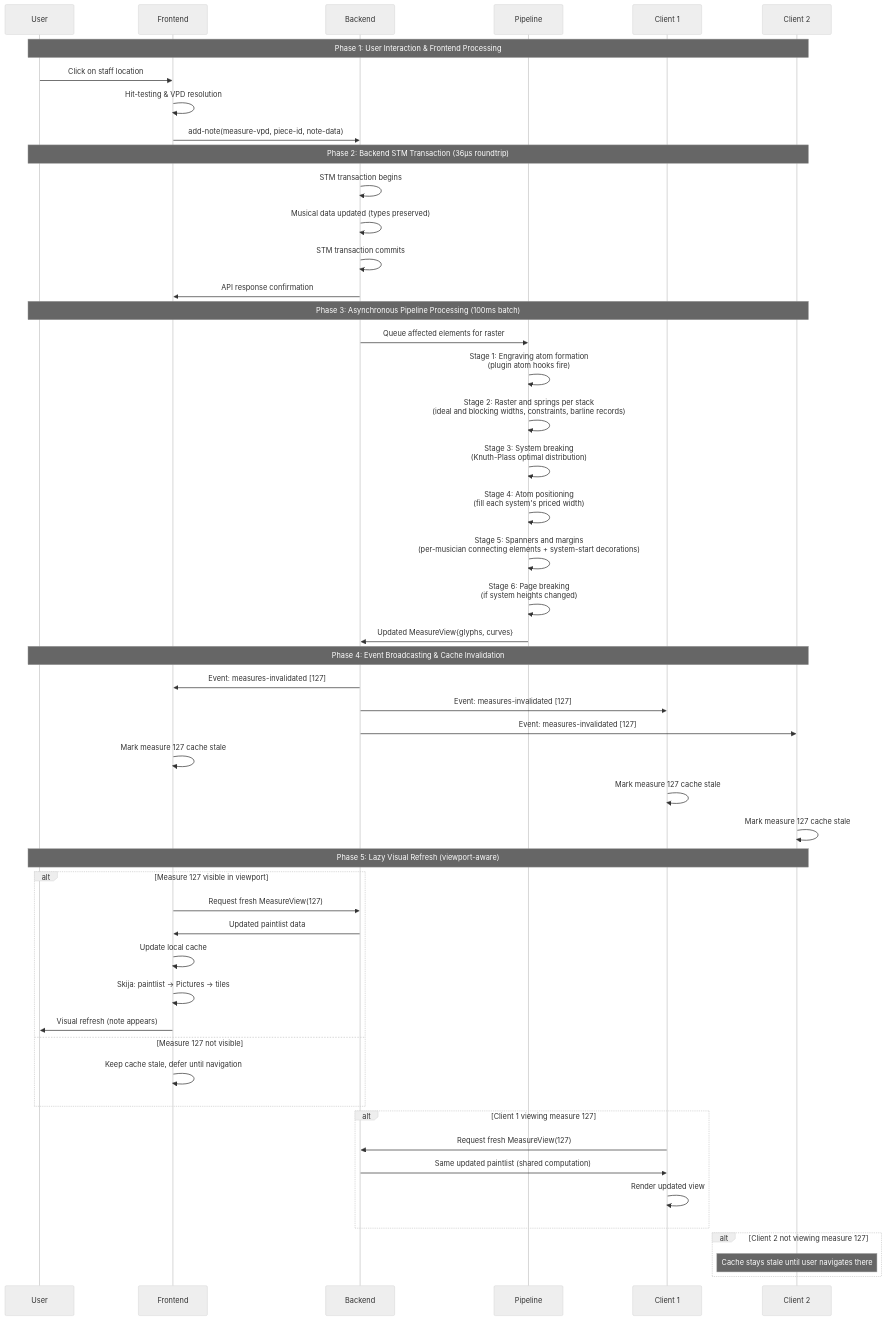
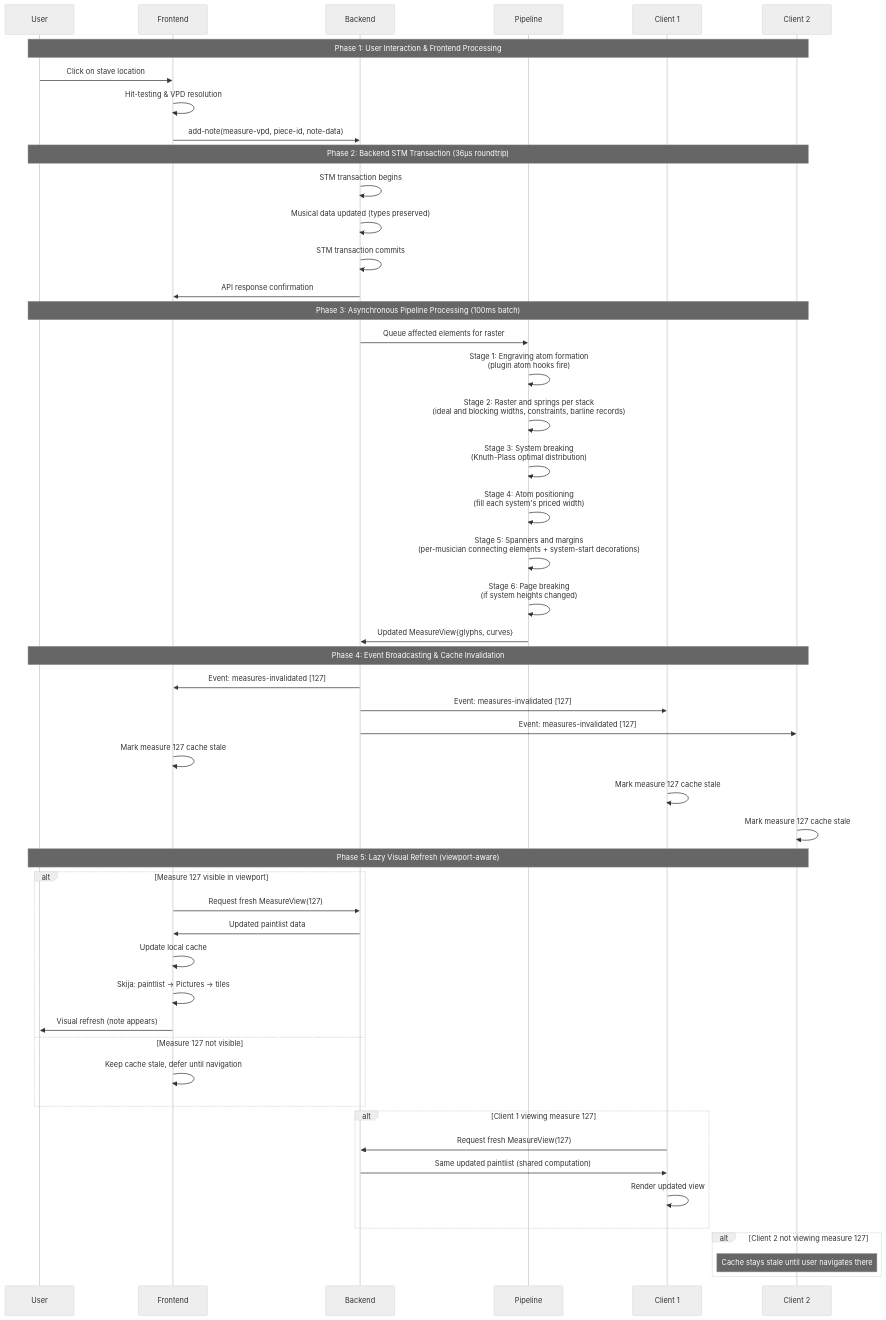
The third of 4 diagrams in ADRs/0028-Hierarchical-Rendering-Pipeline.md (PeterBengtson/Ooloi-docs), drawn with Mermaid (neutral theme) before and after one commit. The commit also changed other lines of this file and 41 other files, not shown here.

````diff
--- a/ADRs/0028-Hierarchical-Rendering-Pipeline.md
+++ b/ADRs/0028-Hierarchical-Rendering-Pipeline.md
@@ -304,60 +304,60 @@
 ```mermaid
 sequenceDiagram
     participant U as User
     participant F as Frontend
     participant B as Backend
     participant P as Pipeline
     participant C1 as Client 1
     participant C2 as Client 2
 
     Note over U,C2: Phase 1: User Interaction & Frontend Processing
-    U->>F: Click on staff location
+    U->>F: Click on stave location
     F->>F: Hit-testing & VPD resolution
     F->>B: add-note(measure-vpd, piece-id, note-data)
 
     Note over U,C2: Phase 2: Backend STM Transaction (36μs roundtrip)
     B->>B: STM transaction begins
     B->>B: Musical data updated (types preserved)
     B->>B: STM transaction commits
     B->>F: API response confirmation
 
     Note over U,C2: Phase 3: Asynchronous Pipeline Processing (100ms batch)
     B->>P: Queue affected elements for raster
     P->>P: Stage 1: Engraving atom formation<br/>(plugin atom hooks fire)
     P->>P: Stage 2: Raster and springs per stack<br/>(ideal and blocking widths, constraints, barline records)
     P->>P: Stage 3: System breaking<br/>(Knuth-Plass optimal distribution)
     P->>P: Stage 4: Atom positioning<br/>(fill each system's priced width)
     P->>P: Stage 5: Spanners and margins<br/>(per-musician connecting elements + system-start decorations)
     P->>P: Stage 6: Page breaking<br/>(if system heights changed)
     P->>B: Updated MeasureView{glyphs, curves}
 
     Note over U,C2: Phase 4: Event Broadcasting & Cache Invalidation
     B->>F: Event: measures-invalidated [127]
     B->>C1: Event: measures-invalidated [127]
     B->>C2: Event: measures-invalidated [127]
 
     F->>F: Mark measure 127 cache stale
     C1->>C1: Mark measure 127 cache stale
     C2->>C2: Mark measure 127 cache stale
 
     Note over U,C2: Phase 5: Lazy Visual Refresh (viewport-aware)
     alt Measure 127 visible in viewport
         F->>B: Request fresh MeasureView(127)
         B->>F: Updated paintlist data
         F->>F: Update local cache
         F->>F: Skija: paintlist → Pictures → tiles
         F->>U: Visual refresh (note appears)
     else Measure 127 not visible
         F->>F: Keep cache stale, defer until navigation
     end
 
     alt Client 1 viewing measure 127
         C1->>B: Request fresh MeasureView(127)
         B->>C1: Same updated paintlist (shared computation)
         C1->>C1: Render updated view
     end
 
     alt Client 2 not viewing measure 127
         Note over C2: Cache stays stale until user navigates there
     end
 ```
````
